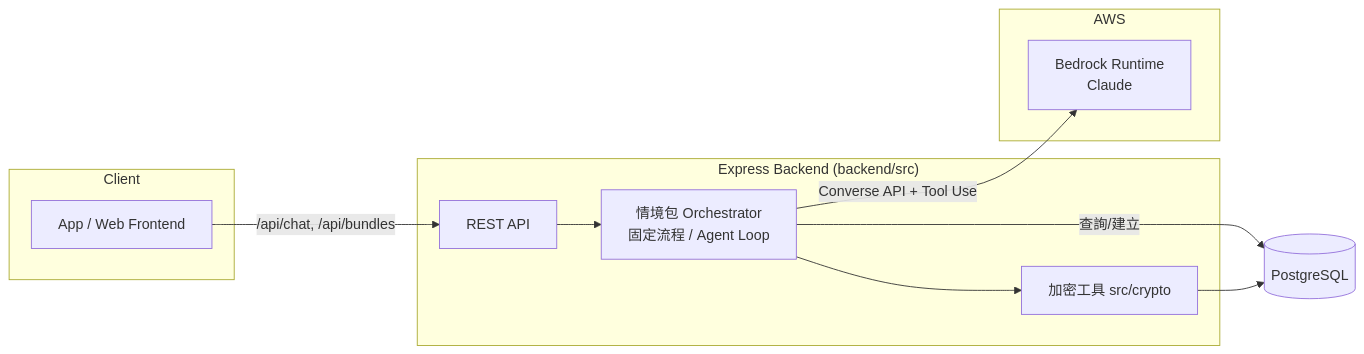
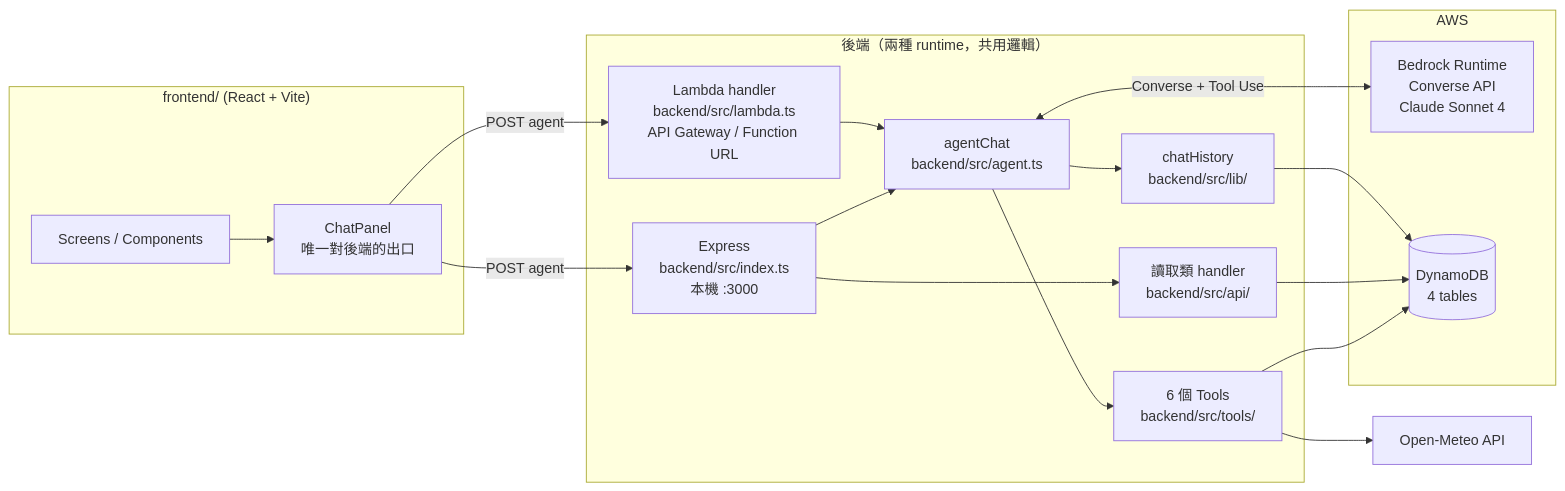
One commit to RitaChung1228/2026_AI_Hackathon_Team4 changed the diagram in docs/architecture.md. Above: the diagram before and after it, drawn with Mermaid. The commit also changed other lines of this file and 15 other files, not shown here.

````diff
--- a/docs/architecture.md
+++ b/docs/architecture.md
@@ -18,22 +31,37 @@
 ```mermaid
 flowchart LR
-    subgraph Client
-        FE[App / Web Frontend]
+    subgraph Client["frontend/ (React + Vite)"]
+        UI[Screens / Components]
+        CP[ChatPanel<br/>唯一對後端的出口]
     end
-    subgraph Backend["Express Backend (backend/src)"]
-        API[REST API]
-        Orchestrator[情境包 Orchestrator\n固定流程 / Agent Loop]
-        Crypto[加密工具 src/crypto]
+
+    subgraph Runtime["後端（兩種 runtime，共用邏輯）"]
+        EX[Express<br/>backend/src/index.ts<br/>本機 :3000]
+        LM[Lambda handler<br/>backend/src/lambda.ts<br/>API Gateway / Function URL]
+        AG[agentChat<br/>backend/src/agent.ts]
+        TL[6 個 Tools<br/>backend/src/tools/]
+        API[讀取類 handler<br/>backend/src/api/]
+        CH[chatHistory<br/>backend/src/lib/]
     end
+
     subgraph AWS
-        Bedrock[Bedrock Runtime\nClaude]
+        BR[Bedrock Runtime<br/>Converse API<br/>Claude Sonnet 4]
+        DDB[(DynamoDB<br/>4 tables)]
     end
-    DB[(PostgreSQL)]
 
-    FE -->|/api/chat, /api/bundles| API
-    API --> Orchestrator
-    Orchestrator -->|Converse API + Tool Use| Bedrock
-    Orchestrator -->|查詢/建立| DB
-    Orchestrator --> Crypto
-    Crypto --> DB
+    OM[Open-Meteo API]
+
+    UI --> CP
+    CP -->|POST agent| EX
+    CP -->|POST agent| LM
+    EX --> AG
+    LM --> AG
+    EX --> API
+    AG <-->|Converse + Tool Use| BR
+    AG --> TL
+    AG --> CH
+    TL --> DDB
+    TL --> OM
+    API --> DDB
+    CH --> DDB
 ```
````
